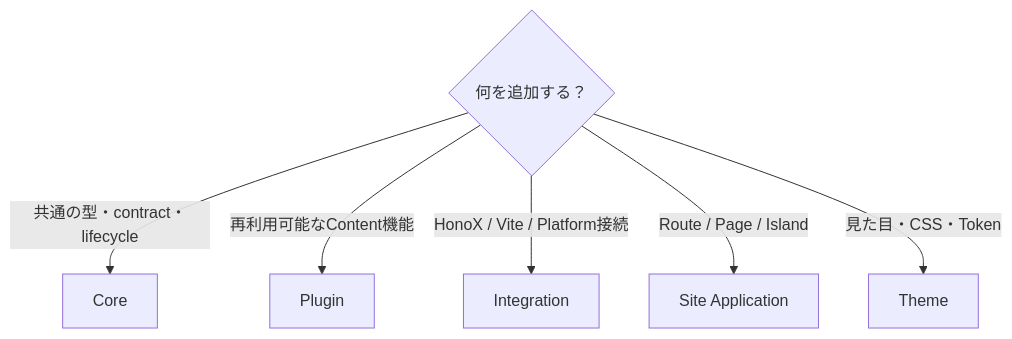
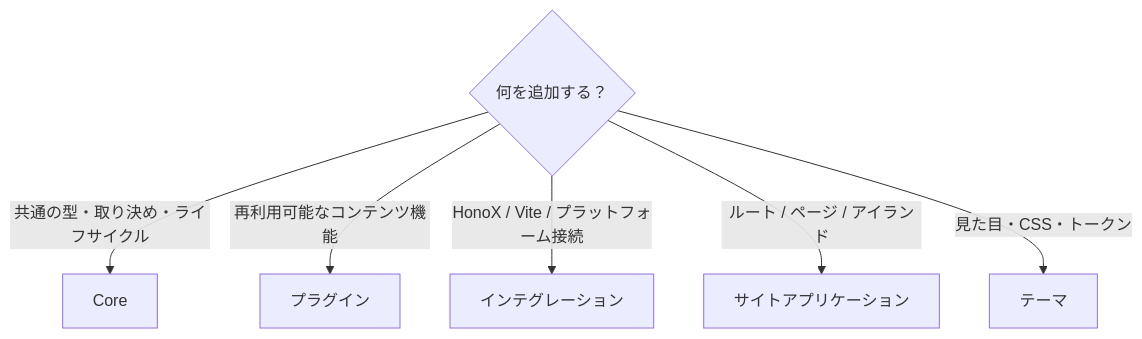
The seventh of 7 diagrams in docs/docs/framework/architecture.ja.md (Rerurate514/riebeckite), drawn with Mermaid before and after one commit. The commit also changed other lines of this file and 310 other files, not shown here.

````diff
--- a/docs/docs/framework/architecture.ja.md
+++ b/docs/docs/framework/architecture.ja.md
@@ -409,10 +350,10 @@
 ```mermaid id="hdzg9c"
 flowchart TD
     Q{"何を追加する？"}
 
-    Q -->|"共通の型・contract・lifecycle"| Core["Core"]
-    Q -->|"再利用可能なContent機能"| Plugin["Plugin"]
-    Q -->|"HonoX / Vite / Platform接続"| Integration["Integration"]
-    Q -->|"Route / Page / Island"| App["Site Application"]
-    Q -->|"見た目・CSS・Token"| Theme["Theme"]
+    Q -->|"共通の型・取り決め・ライフサイクル"| Core["Core"]
+    Q -->|"再利用可能なコンテンツ機能"| Plugin["プラグイン"]
+    Q -->|"HonoX / Vite / プラットフォーム接続"| Integration["インテグレーション"]
+    Q -->|"ルート / ページ / アイランド"| App["サイトアプリケーション"]
+    Q -->|"見た目・CSS・トークン"| Theme["テーマ"]
 ```
````
